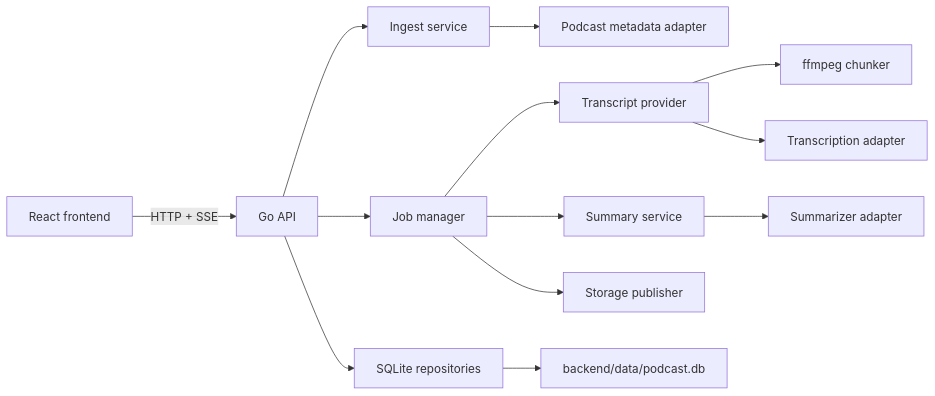
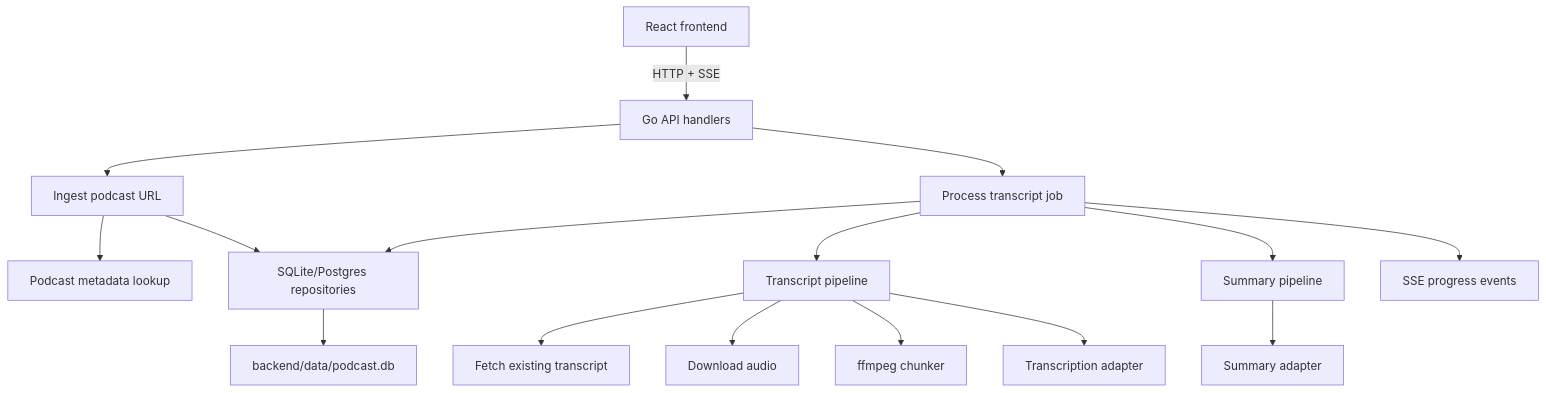
One commit to yanqian/podcast-summarizer changed the diagram in README.md. Above: the diagram before and after it, drawn with Mermaid. The commit also changed other lines of this file, not shown here.

Commit message:
Refine README architecture overview

````diff
--- a/README.md
+++ b/README.md
@@ -15,15 +15,24 @@
 ```mermaid
-flowchart LR
-  A["React frontend"] -->|"HTTP + SSE"| B["Go API"]
-  B --> C["Ingest service"]
-  B --> D["Job manager"]
-  C --> E["Podcast metadata adapter"]
-  D --> F["Transcript provider"]
-  D --> G["Summary service"]
-  D --> H["Storage publisher"]
-  B --> I["SQLite repositories"]
-  I --> J["backend/data/podcast.db"]
-  F --> K["ffmpeg chunker"]
-  F --> L["Transcription adapter"]
-  G --> M["Summarizer adapter"]
+flowchart TB
+  UI["React frontend"] -->|"HTTP + SSE"| API["Go API handlers"]
+
+  API --> Ingest["Ingest podcast URL"]
+  API --> Jobs["Process transcript job"]
+
+  Ingest --> ITunes["Podcast metadata lookup"]
+  Ingest --> Repos["SQLite/Postgres repositories"]
+
+  Jobs --> TranscriptPipeline["Transcript pipeline"]
+  Jobs --> SummarySvc["Summary pipeline"]
+  Jobs --> Notifier["SSE progress events"]
+  Jobs --> Repos
+
+  Repos --> LocalDB["backend/data/podcast.db"]
+
+  TranscriptPipeline --> TranscriptFetch["Fetch existing transcript"]
+  TranscriptPipeline --> Downloader["Download audio"]
+  TranscriptPipeline --> FFmpeg["ffmpeg chunker"]
+  TranscriptPipeline --> Transcriber["Transcription adapter"]
+
+  SummarySvc --> SummaryClient["Summary adapter"]
 ```
````
